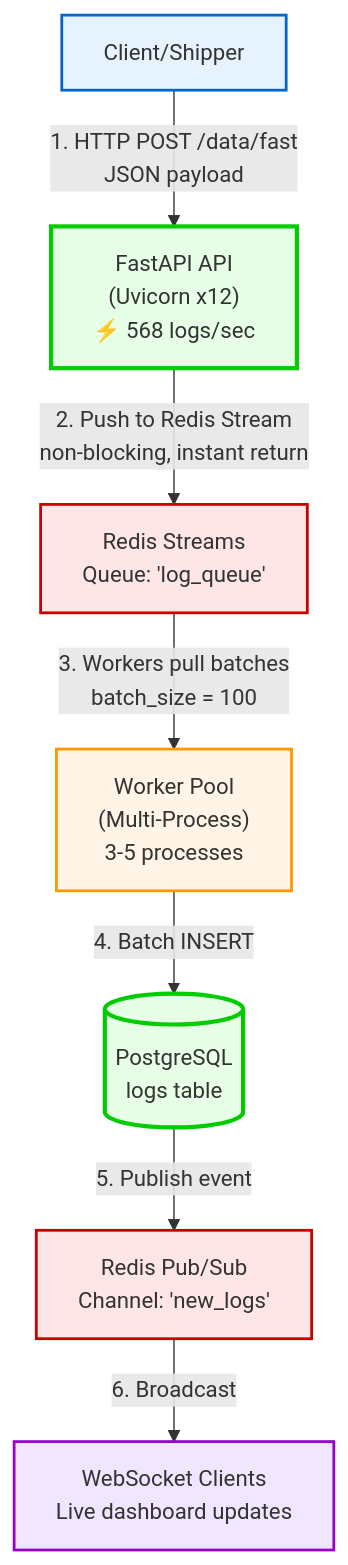
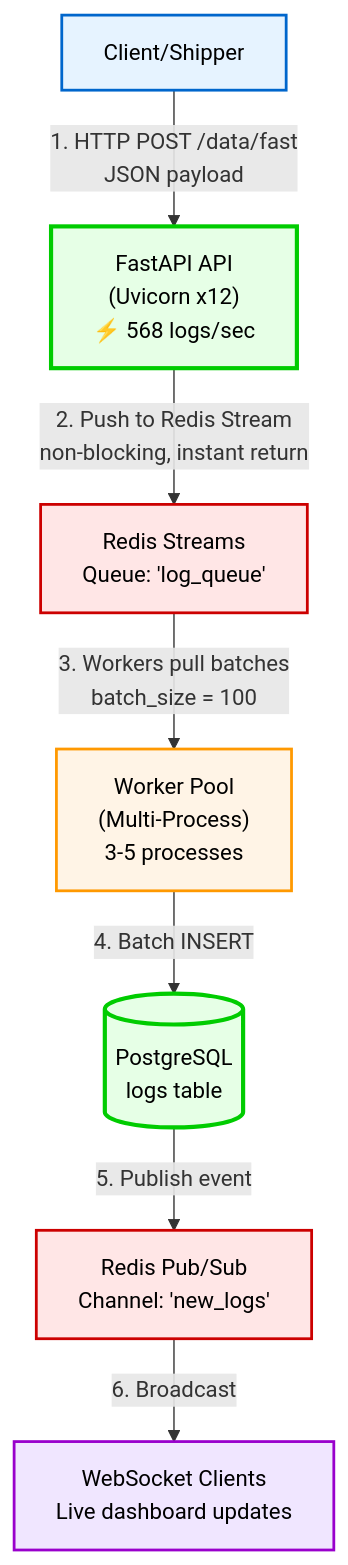
One commit to Romanabramovich/logs-and-found changed the sixth of 8 diagrams in ARCHITECTURE.md. Above: the diagram before and after it, drawn with Mermaid. The commit also changed other lines of this file and 2 other files, not shown here.

Commit message:
diagram styling

````diff
--- a/ARCHITECTURE.md
+++ b/ARCHITECTURE.md
@@ -298,29 +298,29 @@
 ```mermaid
 flowchart TD
     Client[Client/Shipper] -->|1. HTTP POST /data/fast<br/>JSON payload| API
     
     API["FastAPI API<br/>(Uvicorn x12)<br/>⚡ 568 logs/sec"]
     API -->|2. Push to Redis Stream<br/>non-blocking, instant return| Redis
     
     Redis["Redis Streams<br/>Queue: 'log_queue'"]
     Redis -->|3. Workers pull batches<br/>batch_size = 100| Workers
     
     Workers["Worker Pool<br/>(Multi-Process)<br/>3-5 processes"]
     Workers -->|4. Batch INSERT| DB
     
     DB[("PostgreSQL<br/>logs table")]
     DB -->|5. Publish event| PubSub
     
     PubSub["Redis Pub/Sub<br/>Channel: 'new_logs'"]
     PubSub -->|6. Broadcast| WS
     
     WS["WebSocket Clients<br/>Live dashboard updates"]
     
-    style Client fill:#e6f3ff,stroke:#0066cc,stroke-width:2px
-    style API fill:#e6ffe6,stroke:#00cc00,stroke-width:3px
-    style Redis fill:#ffe6e6,stroke:#cc0000,stroke-width:2px
-    style Workers fill:#fff4e6,stroke:#ff9900,stroke-width:2px
-    style DB fill:#e6ffe6,stroke:#00cc00,stroke-width:3px
-    style PubSub fill:#ffe6e6,stroke:#cc0000,stroke-width:2px
-    style WS fill:#f0e6ff,stroke:#9900cc,stroke-width:2px
+    style Client fill:#e6f3ff,stroke:#0066cc,stroke-width:2px,color:#000000
+    style API fill:#e6ffe6,stroke:#00cc00,stroke-width:3px,color:#000000
+    style Redis fill:#ffe6e6,stroke:#cc0000,stroke-width:2px,color:#000000
+    style Workers fill:#fff4e6,stroke:#ff9900,stroke-width:2px,color:#000000
+    style DB fill:#e6ffe6,stroke:#00cc00,stroke-width:3px,color:#000000
+    style PubSub fill:#ffe6e6,stroke:#cc0000,stroke-width:2px,color:#000000
+    style WS fill:#f0e6ff,stroke:#9900cc,stroke-width:2px,color:#000000
 ```
````
